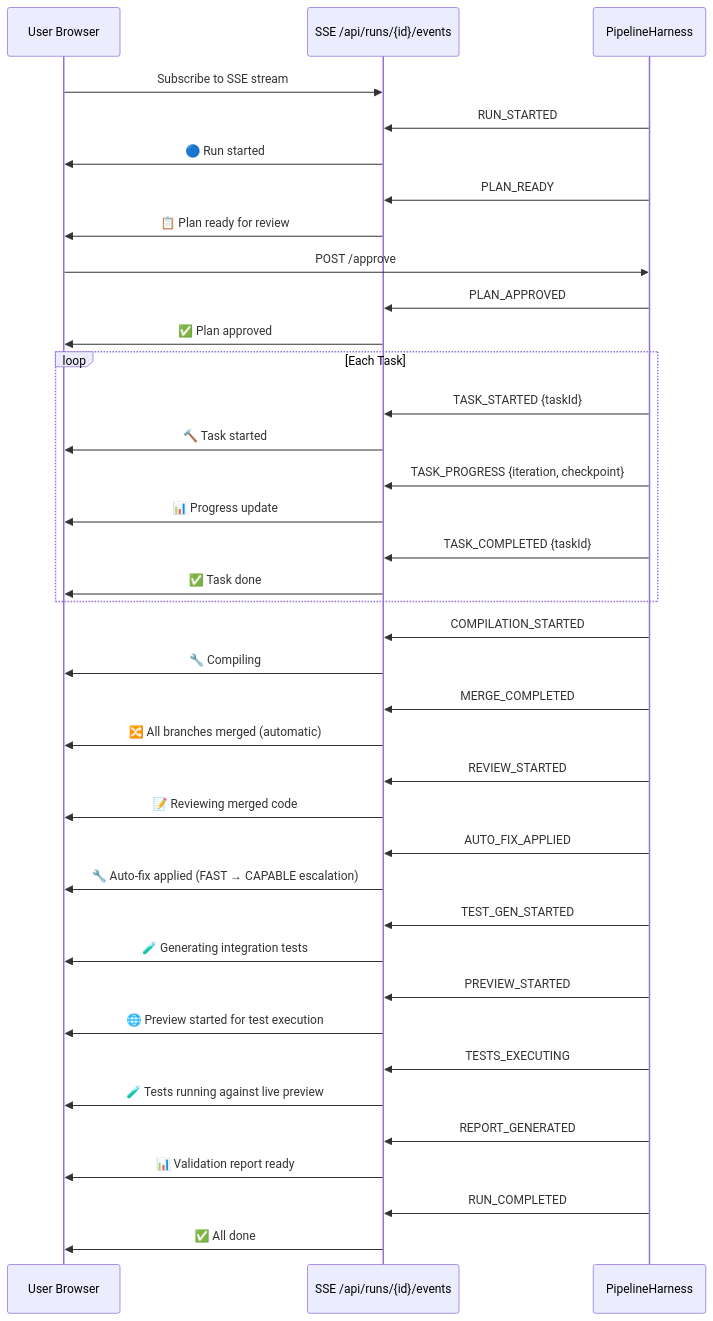
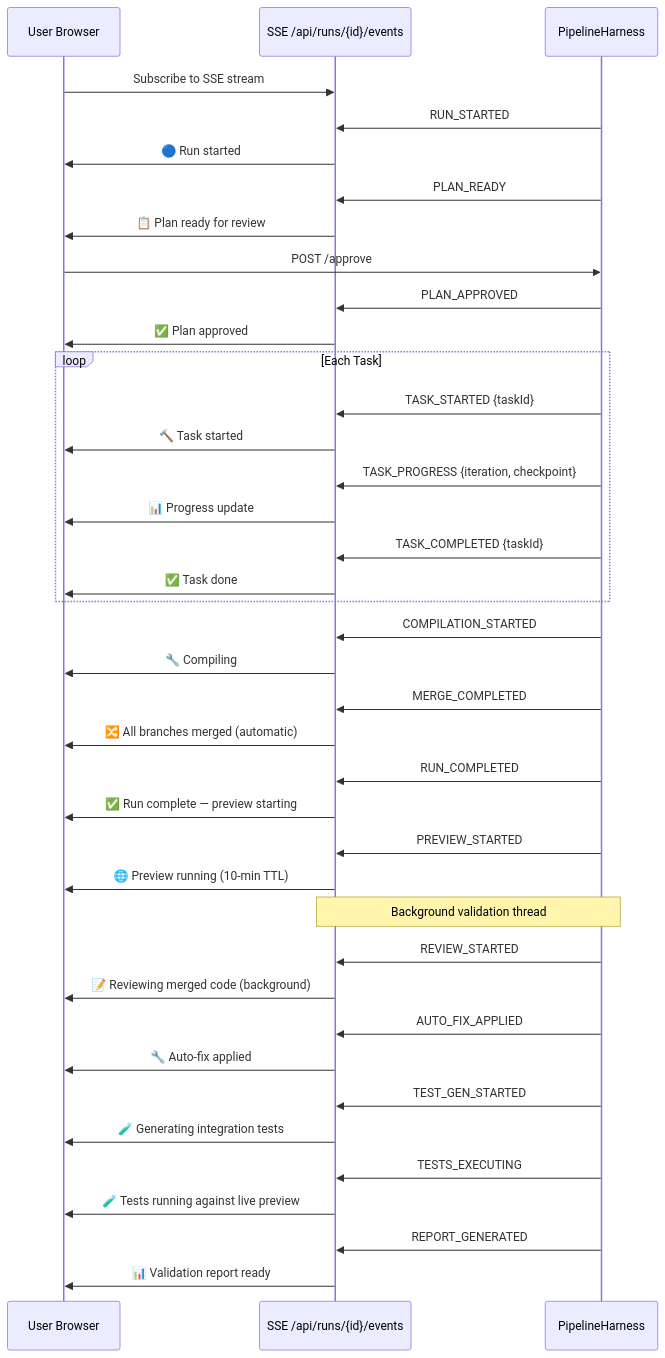
One commit to navneetprabhakar/executespec changed the second of 25 diagrams in docs/WORKFLOWS.md. Above: the diagram before and after it, drawn with Mermaid. The commit also changed other lines of this file and 10 other files, not shown here.

````diff
--- a/docs/WORKFLOWS.md
+++ b/docs/WORKFLOWS.md
@@ -89,41 +92,42 @@
 ```mermaid
 sequenceDiagram
     participant U as User Browser
     participant S as SSE /api/runs/{id}/events
     participant P as PipelineHarness
 
     U->>S: Subscribe to SSE stream
     P->>S: RUN_STARTED
     S->>U: 🔵 Run started
     P->>S: PLAN_READY
     S->>U: 📋 Plan ready for review
     U->>P: POST /approve
     P->>S: PLAN_APPROVED
     S->>U: ✅ Plan approved
     loop Each Task
         P->>S: TASK_STARTED {taskId}
         S->>U: 🔨 Task started
         P->>S: TASK_PROGRESS {iteration, checkpoint}
         S->>U: 📊 Progress update
         P->>S: TASK_COMPLETED {taskId}
         S->>U: ✅ Task done
     end
     P->>S: COMPILATION_STARTED
     S->>U: 🔧 Compiling
     P->>S: MERGE_COMPLETED
     S->>U: 🔀 All branches merged (automatic)
+    P->>S: RUN_COMPLETED
+    S->>U: ✅ Run complete — preview starting
+    P->>S: PREVIEW_STARTED
+    S->>U: 🌐 Preview running (10-min TTL)
+    Note over P,S: Background validation thread
     P->>S: REVIEW_STARTED
-    S->>U: 📝 Reviewing merged code
+    S->>U: 📝 Reviewing merged code (background)
     P->>S: AUTO_FIX_APPLIED
-    S->>U: 🔧 Auto-fix applied (FAST → CAPABLE escalation)
+    S->>U: 🔧 Auto-fix applied
     P->>S: TEST_GEN_STARTED
     S->>U: 🧪 Generating integration tests
-    P->>S: PREVIEW_STARTED
-    S->>U: 🌐 Preview started for test execution
     P->>S: TESTS_EXECUTING
     S->>U: 🧪 Tests running against live preview
     P->>S: REPORT_GENERATED
     S->>U: 📊 Validation report ready
-    P->>S: RUN_COMPLETED
-    S->>U: ✅ All done
 ```
````
